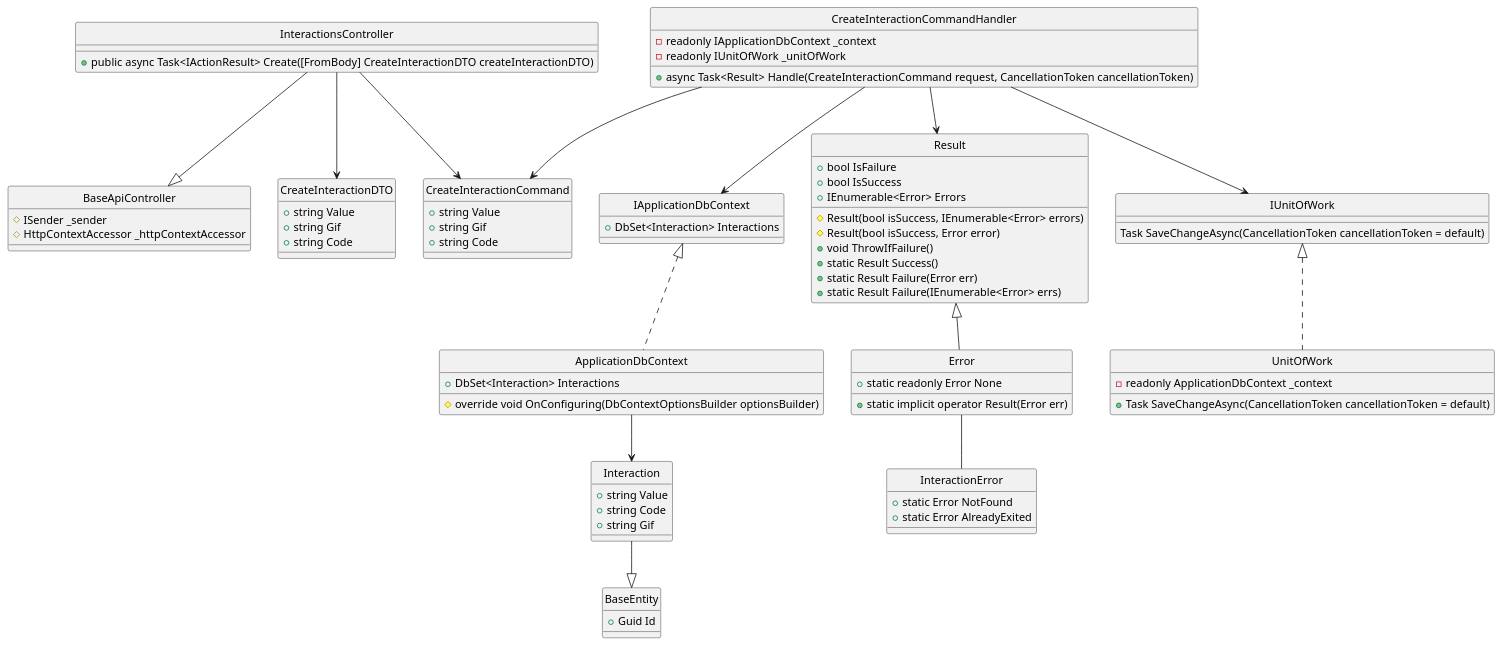
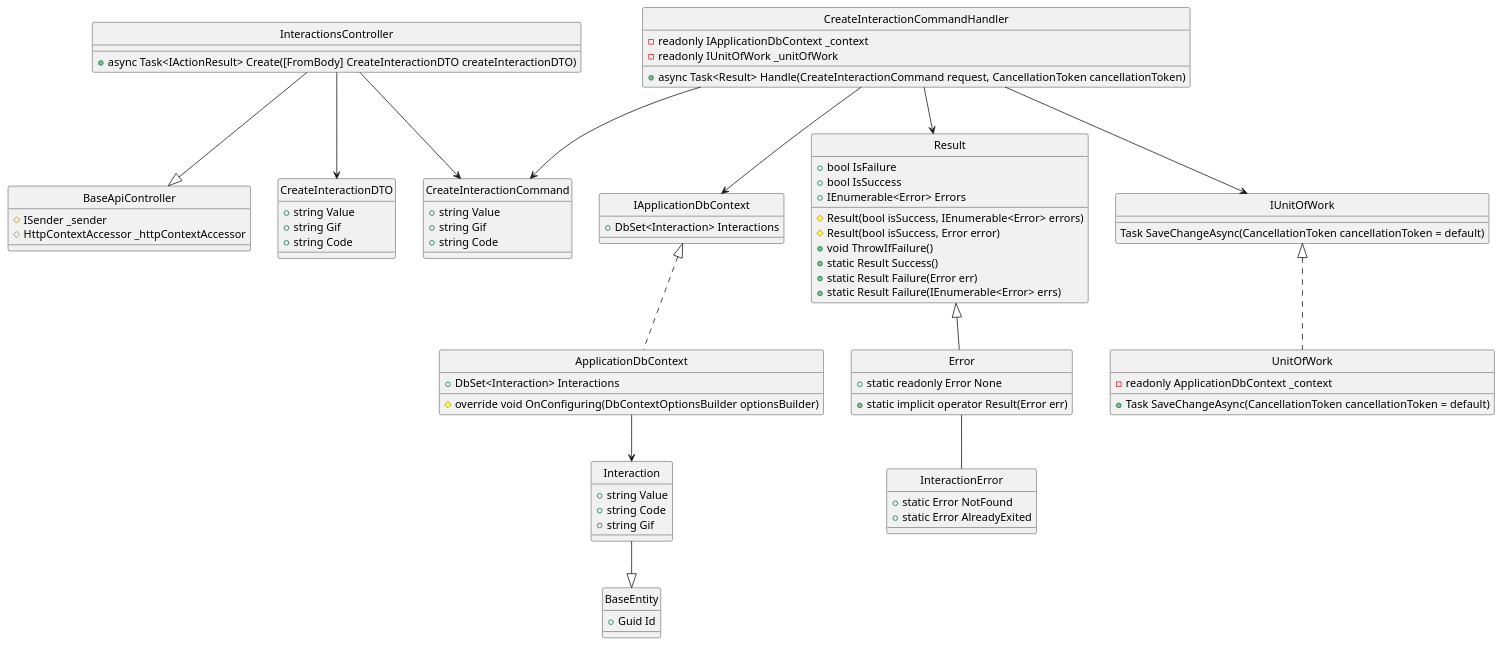
The diagram in docs/Class Diagram/Post/Interactions/CreateInteraction/ClassDiagram.plantuml (Carl-Johnsons/Chat-Application), drawn with PlantUML before and after one commit. The commit also changed 2 other files, not shown here.

```diff
--- a/docs/Class Diagram/Post/Interactions/CreateInteraction/ClassDiagram.plantuml
+++ b/docs/Class Diagram/Post/Interactions/CreateInteraction/ClassDiagram.plantuml
@@ -1,94 +1,94 @@
 @startuml 
 hide circle
 
 class BaseApiController {
     #ISender _sender
     #HttpContextAccessor _httpContextAccessor
 }
 
 class InteractionsController {
-    +public async Task<IActionResult> Create([FromBody] CreateInteractionDTO createInteractionDTO)
+    +async Task<IActionResult> Create([FromBody] CreateInteractionDTO createInteractionDTO)
 }
 
 class CreateInteractionCommand {
     +string Value
     +string Gif
     +string Code
 }
 
 class CreateInteractionCommandHandler {
     -readonly IApplicationDbContext _context
     -readonly IUnitOfWork _unitOfWork
     +async Task<Result> Handle(CreateInteractionCommand request, CancellationToken cancellationToken)
 }
 
 class IApplicationDbContext {
     +DbSet<Interaction> Interactions
 }
 
 class ApplicationDbContext {
     +DbSet<Interaction> Interactions
     #override void OnConfiguring(DbContextOptionsBuilder optionsBuilder)
 }
 
 class Result {
     +bool IsFailure
     +bool IsSuccess
     +IEnumerable<Error> Errors
     #Result(bool isSuccess, IEnumerable<Error> errors)
     #Result(bool isSuccess, Error error)
     +void ThrowIfFailure()
     +static Result Success()
     +static Result Failure(Error err)
     +static Result Failure(IEnumerable<Error> errs)
 }
 
 class Error {
     +static readonly Error None
     +static implicit operator Result(Error err)
 }
 
 class IUnitOfWork {
     Task SaveChangeAsync(CancellationToken cancellationToken = default)
 }
 
 class UnitOfWork {
     -readonly ApplicationDbContext _context
     +Task SaveChangeAsync(CancellationToken cancellationToken = default)
 }
 
 class InteractionError {
     +static Error NotFound
     +static Error AlreadyExited
 }
 
 class CreateInteractionDTO {
     +string Value
     +string Gif
     +string Code
 }
 
 class BaseEntity {
     +Guid Id
 }
 
 class Interaction {
     +string Value
     +string Code
     +string Gif
 }
 
 InteractionsController --|> BaseApiController
 InteractionsController --> CreateInteractionCommand
 InteractionsController --> CreateInteractionDTO
 CreateInteractionCommandHandler --> CreateInteractionCommand
 CreateInteractionCommandHandler --> Result
 CreateInteractionCommandHandler --> IUnitOfWork
 CreateInteractionCommandHandler --> IApplicationDbContext
 IUnitOfWork <|.. UnitOfWork
 IApplicationDbContext <|.. ApplicationDbContext
 Result <|-- Error
 Error -- InteractionError
 ApplicationDbContext --> Interaction
 Interaction --|> BaseEntity
 @enduml
```
